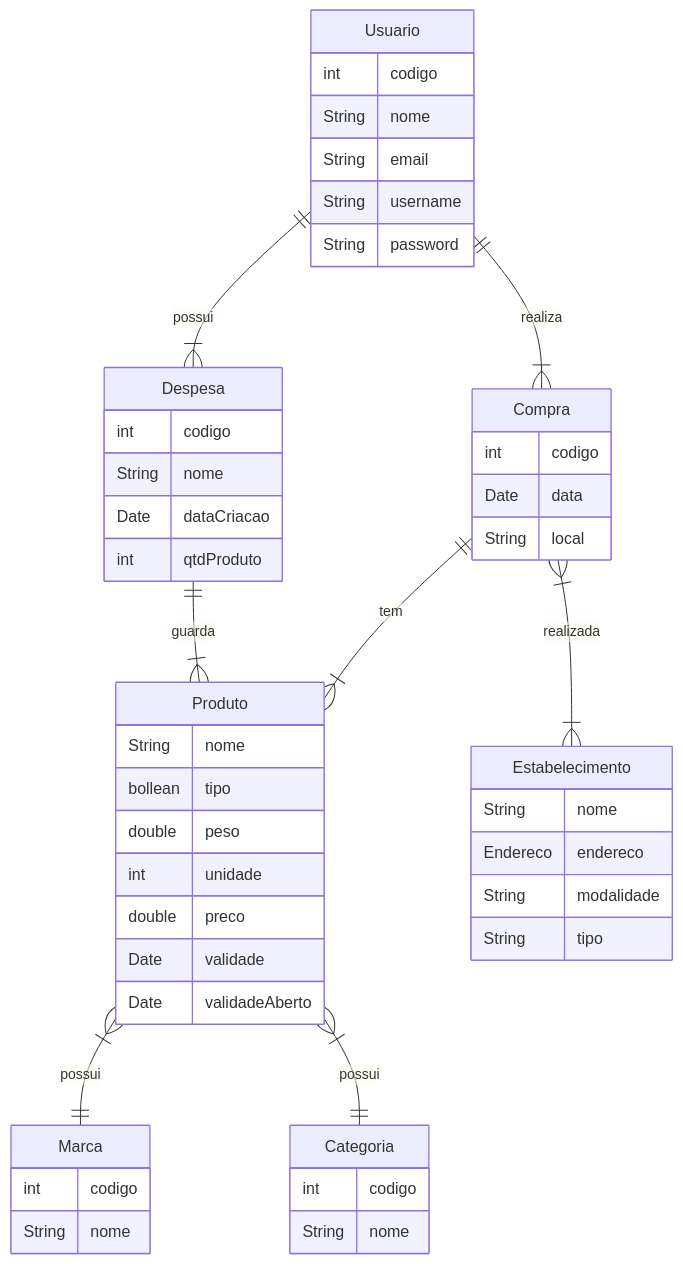
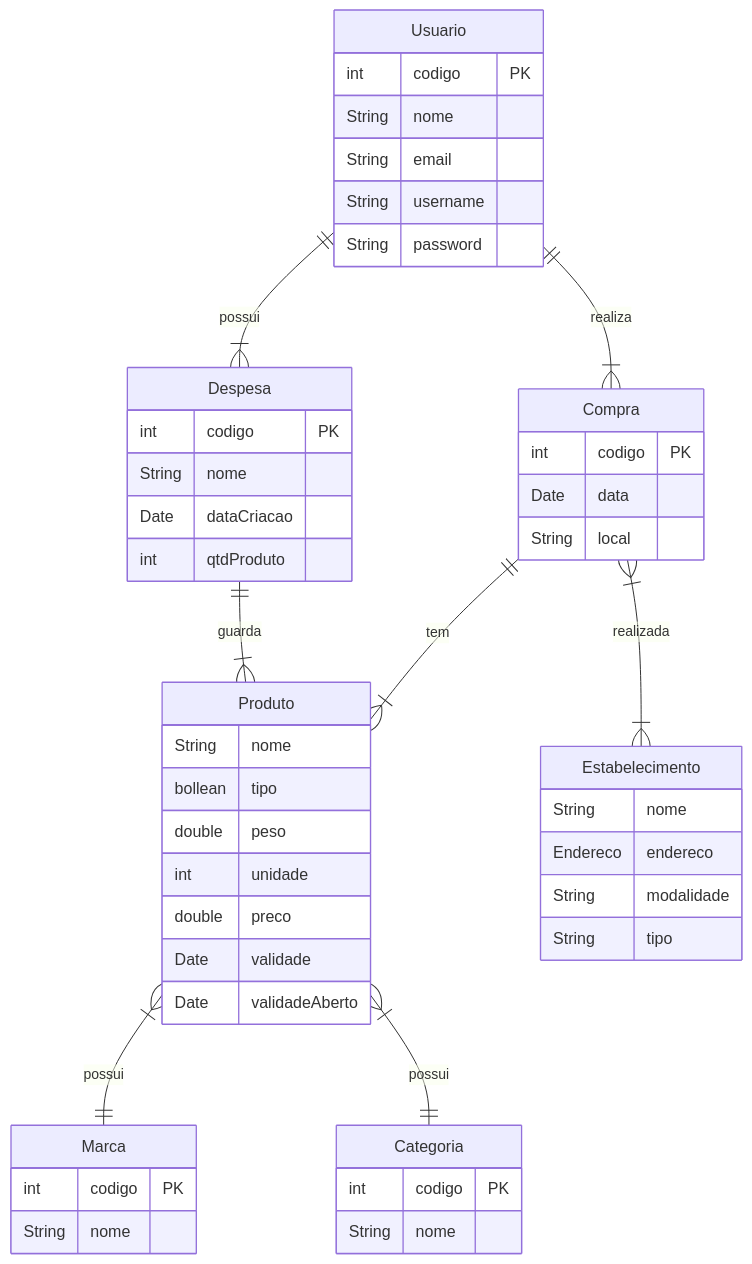
The diagram in Exercicio-DER 30.08.2022 - Aula 03/SCER - Sistema de Controle de Estoque Residencial.mmd (OliveiraAnna99/DataBase), drawn with Mermaid before and after one commit.

Commit message:
Adicionando Chave-Primária

```diff
--- a/Exercicio-DER 30.08.2022 - Aula 03/SCER - Sistema de Controle de Estoque Residencial.mmd
+++ b/Exercicio-DER 30.08.2022 - Aula 03/SCER - Sistema de Controle de Estoque Residencial.mmd
@@ -1,17 +1,52 @@
 erDiagram
-    Usuario {int codigo String nome String email String username String password }
-    Despesa {int codigo String nome Date dataCriacao int qtdProduto}
-    Produto {String nome bollean tipo double peso int unidade double preco Date validade Date validadeAberto }
-    Marca {int codigo String nome }
-    Categoria {int codigo String nome }
-    Estabelecimento {String nome Endereco endereco String modalidade String tipo }
-    Compra {int codigo Date data String local }
+    Usuario {
+        int codigo PK
+        String nome 
+        String email 
+        String username 
+        String password 
+    }
+    Despesa {
+        int codigo PK
+        String nome 
+        Date dataCriacao 
+        int qtdProduto
+    }
+    Produto { 
+        String nome 
+        bollean tipo 
+        double peso 
+        int unidade 
+        double preco 
+        Date validade 
+        Date validadeAberto 
+    }
+
+    Marca {
+        int codigo PK
+        String nome 
+    }
+    Categoria {
+        int codigo PK
+        String nome
+    }
+    Estabelecimento {
+        String nome 
+        Endereco endereco
+        String modalidade
+        String tipo
+    }
+    Compra {
+        int codigo PK
+        Date data 
+        String local 
+    }
 
 
     Usuario ||--|{Despesa: possui 
     Despesa ||--|{Produto: guarda
     Usuario ||--|{Compra: realiza
     Compra||--|{Produto: tem
     Compra }|--|{Estabelecimento: realizada
     Produto }|--||Marca: possui
     Produto }|--||Categoria: possui
```
